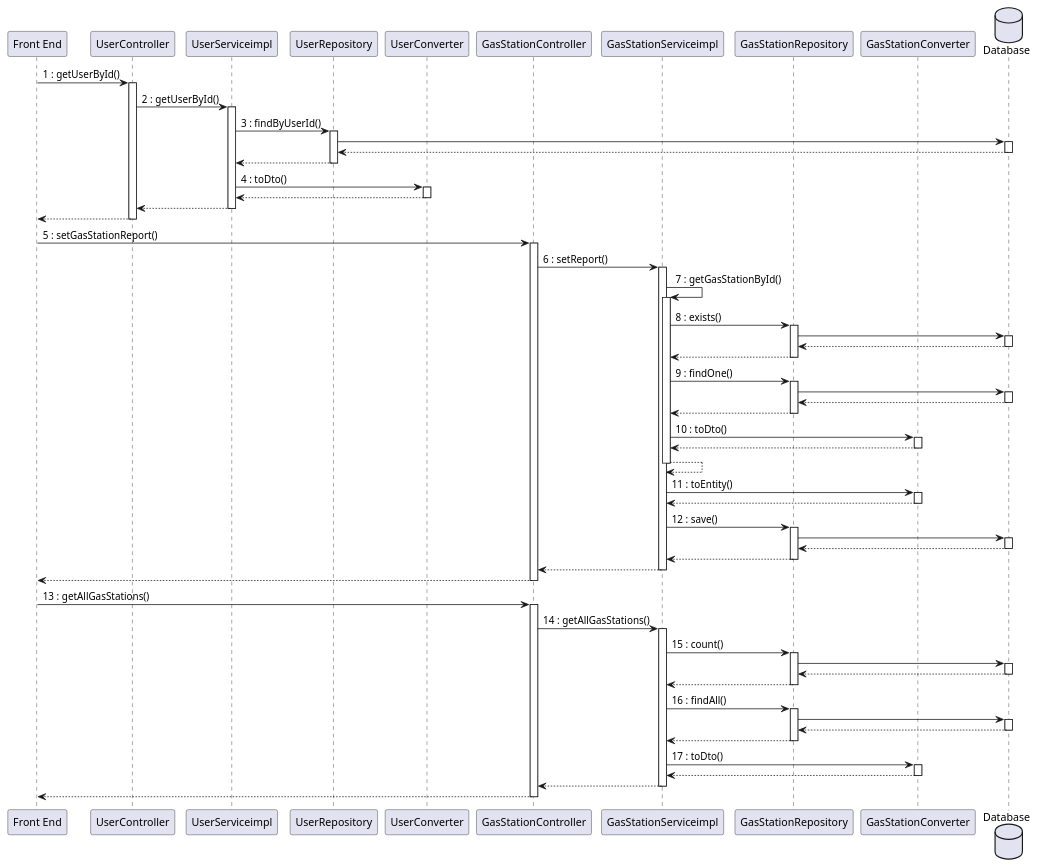
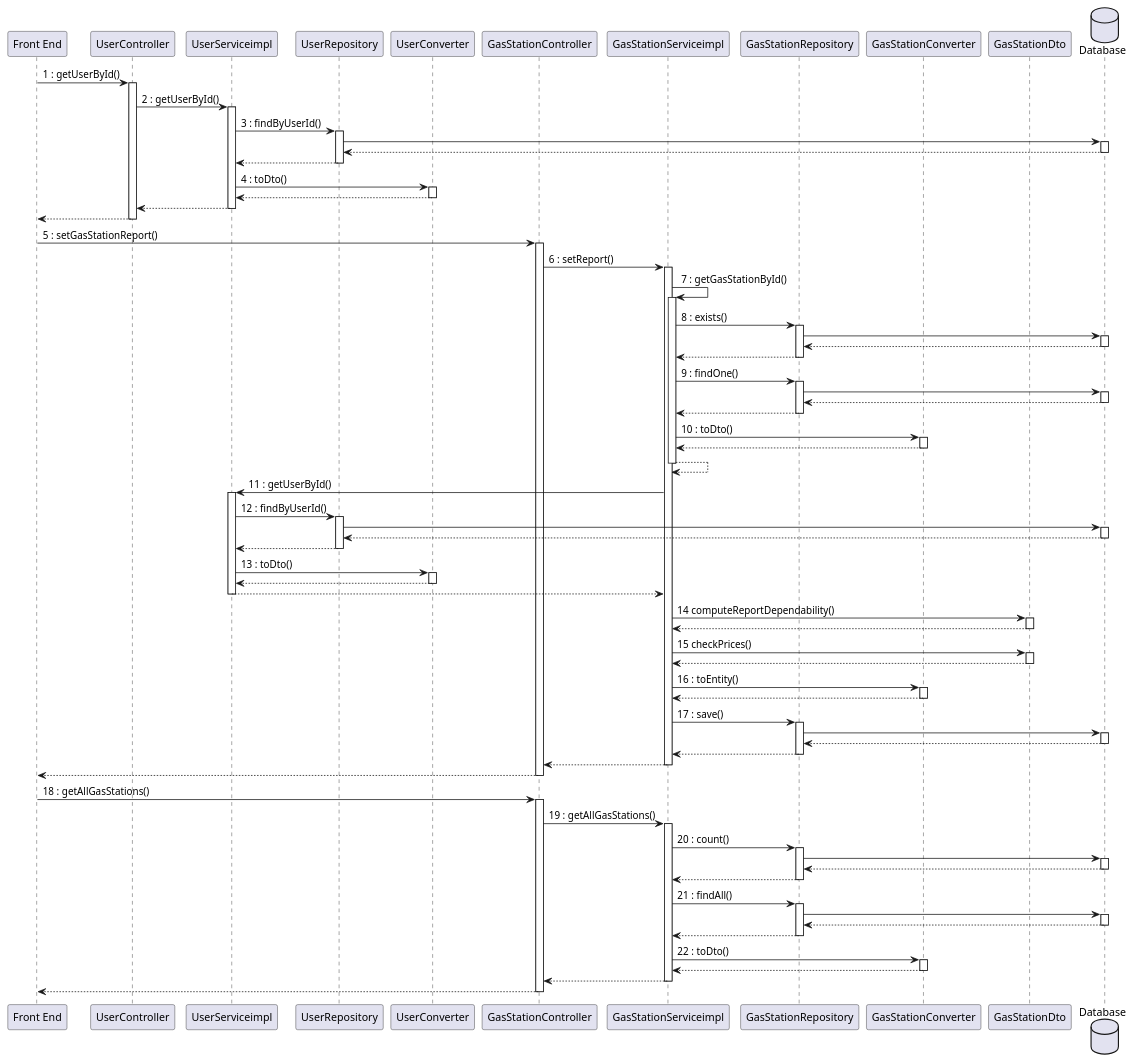
One commit to mosTavassoli/ezgas changed diagram 11 of 15 in docs/DesignDocument.md. Above: the diagram before and after it, drawn with PlantUML. The commit also changed other lines of this file, not shown here.

Commit message:
docs(DesignDocument): edit sequence diagram

```diff
--- a/docs/DesignDocument.md
+++ b/docs/DesignDocument.md
@@ -795,11 +807,38 @@
 return
 return
 
-GasStationServiceimpl -> GasStationConverter:11 : toEntity()
+GasStationServiceimpl -> UserServiceimpl:11 : getUserById()
+activate UserServiceimpl
+UserServiceimpl -> UserRepository:12 : findByUserId()
+activate UserRepository
+UserRepository -> Database
+activate Database
+return
+return
+UserServiceimpl -> UserConverter:13 : toDto()
+activate UserConverter
+return
+return
+
+
+
+
+
+GasStationServiceimpl -> GasStationDto:14 computeReportDependability()
+activate GasStationDto
+
+return
+
+GasStationServiceimpl -> GasStationDto:15 checkPrices()
+activate GasStationDto
+
+return
+
+GasStationServiceimpl -> GasStationConverter:16 : toEntity()
 activate GasStationConverter
 return
 
-GasStationServiceimpl -> GasStationRepository:12 : save()
+GasStationServiceimpl -> GasStationRepository:17 : save()
 activate GasStationRepository
 GasStationRepository -> Database
 activate Database
@@ -808,24 +847,24 @@
 return
 return
 
-"Front End" -> GasStationController:13 : getAllGasStations()
+"Front End" -> GasStationController:18 : getAllGasStations()
 activate GasStationController
-GasStationController -> GasStationServiceimpl:14 : getAllGasStations()
+GasStationController -> GasStationServiceimpl:19 : getAllGasStations()
 activate GasStationServiceimpl
-GasStationServiceimpl -> GasStationRepository:15 : count()
+GasStationServiceimpl -> GasStationRepository:20 : count()
 activate GasStationRepository
 GasStationRepository -> Database
 activate Database
 return
 return
-GasStationServiceimpl -> GasStationRepository:16 : findAll()
+GasStationServiceimpl -> GasStationRepository:21 : findAll()
 activate GasStationRepository
 GasStationRepository -> Database
 activate Database
 return
 return
 
-GasStationServiceimpl -> GasStationConverter:17 : toDto()
+GasStationServiceimpl -> GasStationConverter:22 : toDto()
 activate GasStationConverter
 return
 return
```
